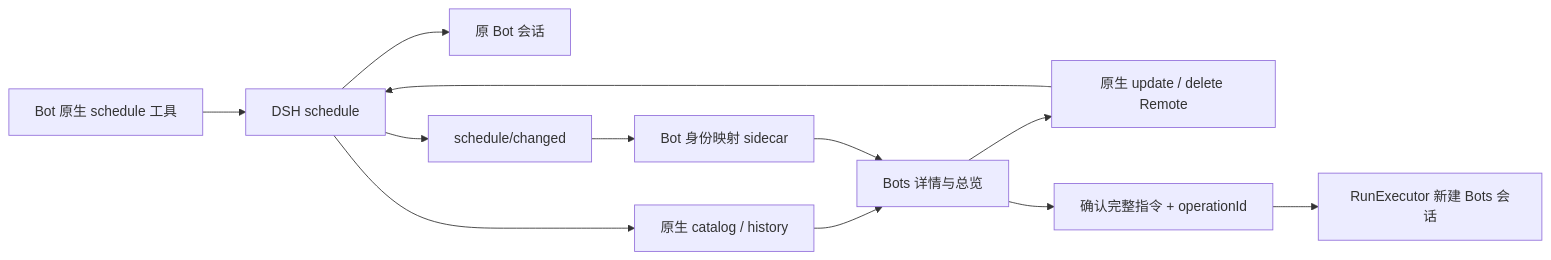
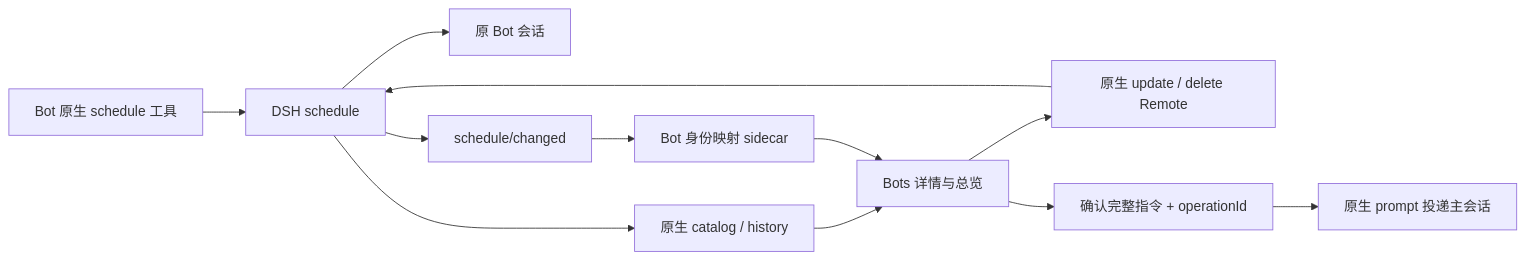
Before and after one commit to MJ-CJM/DSH-Bot: the second of 2 diagrams in docs/architecture.md, drawn with Mermaid. The commit also changed other lines of this file and 50 other files, not shown here.

````diff
--- a/docs/architecture.md
+++ b/docs/architecture.md
@@ -139,14 +139,14 @@
 ```mermaid
 flowchart LR
   Tools[Bot 原生 schedule 工具] --> Native[DSH schedule]
   Native --> Session[原 Bot 会话]
   Native --> Catalog[原生 catalog / history]
   Catalog --> UI[Bots 详情与总览]
   Native --> Changed[schedule/changed]
   Changed --> Sidecar[Bot 身份映射 sidecar]
   Sidecar --> UI
   UI --> Edit[原生 update / delete Remote]
   Edit --> Native
   UI --> Confirm[确认完整指令 + operationId]
-  Confirm --> Executor[RunExecutor 新建 Bots 会话]
+  Confirm --> Delivery[原生 prompt 投递主会话]
 ```
````
